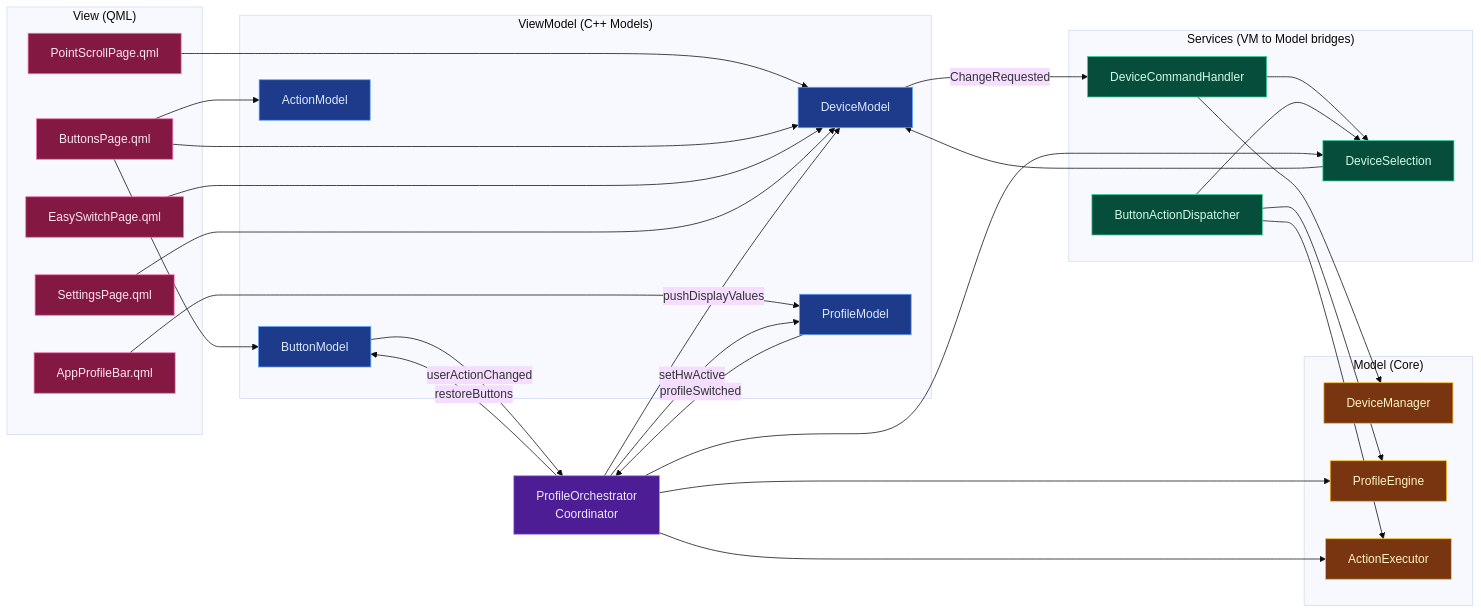
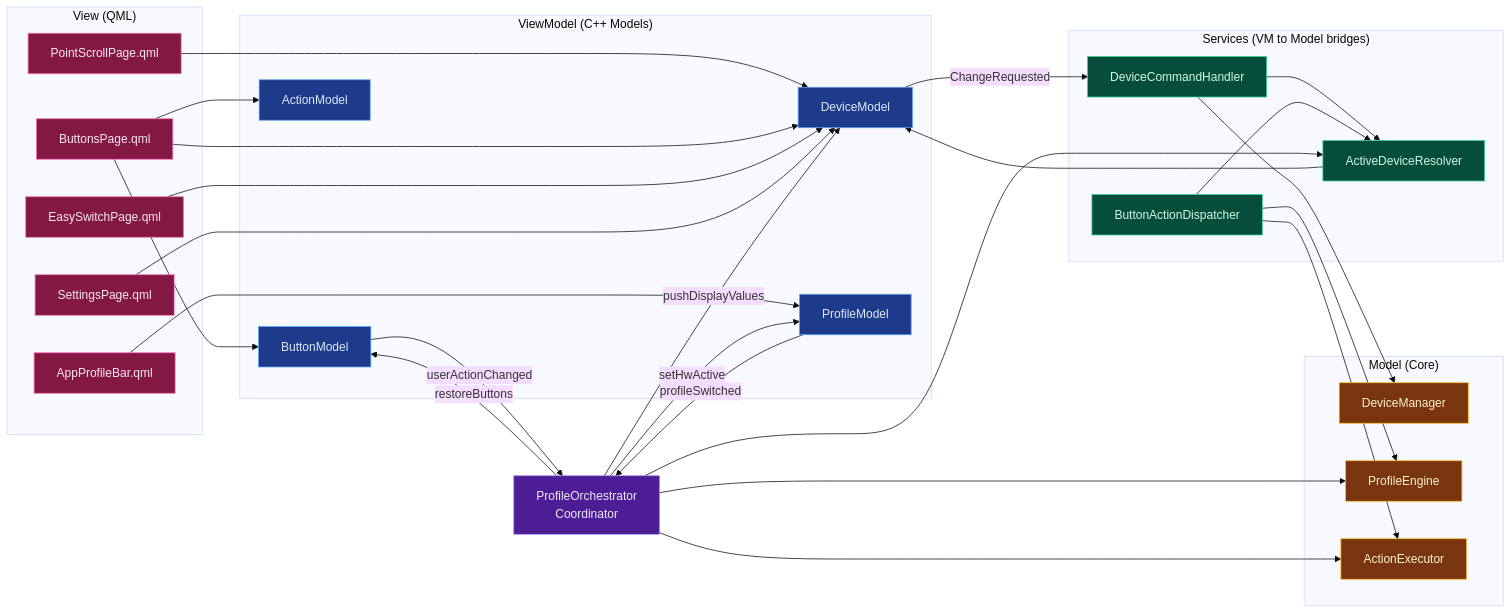
The seventh of 15 diagrams in docs/wiki/Architecture.md (mmaher88/logitune), drawn with Mermaid (base theme) before and after one commit. The commit also changed other lines of this file and 21 other files, not shown here.

First line of the commit message:
refactor(app): rename DeviceSelection to ActiveDeviceResolver

````diff
--- a/docs/wiki/Architecture.md
+++ b/docs/wiki/Architecture.md
@@ -369,69 +369,69 @@
 ```mermaid
 graph LR
     subgraph "View (QML)"
         PointScroll[PointScrollPage.qml]
         Buttons[ButtonsPage.qml]
         EasySwitch[EasySwitchPage.qml]
         Settings[SettingsPage.qml]
         ProfileBar[AppProfileBar.qml]
     end
 
     subgraph "ViewModel (C++ Models)"
         DM[DeviceModel]
         BM[ButtonModel]
         AM[ActionModel]
         PM[ProfileModel]
     end
 
     subgraph "Services (VM to Model bridges)"
-        DSel[DeviceSelection]
+        DSel[ActiveDeviceResolver]
         DCmd[DeviceCommandHandler]
         BAD[ButtonActionDispatcher]
     end
 
     PO[ProfileOrchestrator<br/>Coordinator]
 
     subgraph "Model (Core)"
         DMgr[DeviceManager]
         PE[ProfileEngine]
         AE[ActionExecutor]
     end
 
     PointScroll --> DM
     Buttons --> BM
     Buttons --> AM
     Buttons --> DM
     EasySwitch --> DM
     Settings --> DM
     ProfileBar --> PM
 
     DM -->|ChangeRequested| DCmd
     BM -->|userActionChanged| PO
     PM -->|profileSwitched| PO
 
     DSel --> DM
     DCmd --> DSel
     DCmd --> DMgr
     BAD --> DSel
     BAD --> PE
     BAD --> AE
 
     PO --> DSel
     PO --> PE
     PO --> AE
     PO -->|pushDisplayValues| DM
     PO -->|restoreButtons| BM
     PO -->|setHwActive| PM
 
     classDef view fill:#831843,stroke:#f472b6,color:#fce7f3
     classDef vm fill:#1e3a8a,stroke:#60a5fa,color:#dbeafe
     classDef service fill:#064e3b,stroke:#34d399,color:#d1fae5
     classDef coord fill:#4c1d95,stroke:#a78bfa,color:#ede9fe
     classDef core fill:#78350f,stroke:#fbbf24,color:#fef3c7
 
     class PointScroll,Buttons,EasySwitch,Settings,ProfileBar view
     class DM,BM,AM,PM vm
     class DSel,DCmd,BAD service
     class PO coord
     class DMgr,PE,AE core
 ```
````
